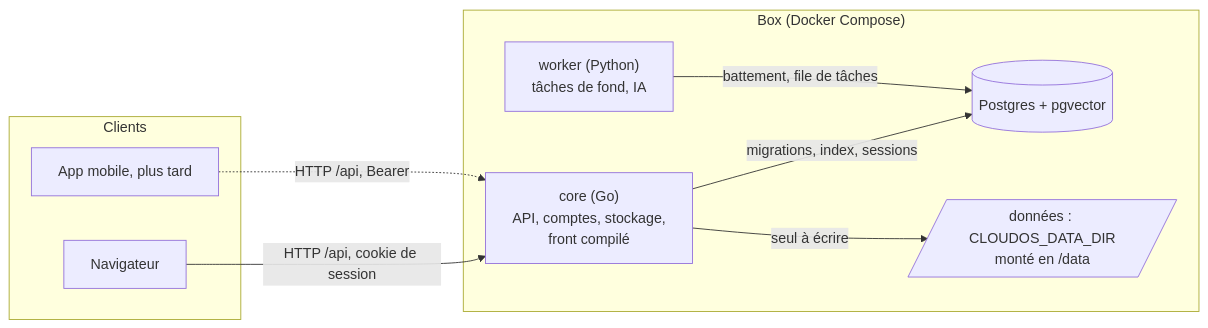
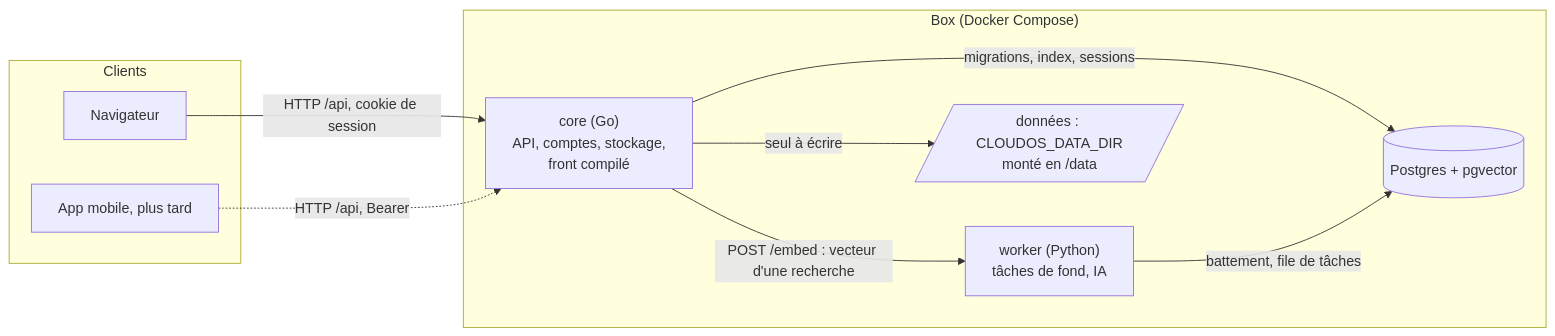
One commit to C2-POLY/cloud-os changed the first of 3 diagrams in docs/architecture/overview.md. Above: the diagram before and after it, drawn with Mermaid. The commit also changed other lines of this file and 26 other files, not shown here.

````diff
--- a/docs/architecture/overview.md
+++ b/docs/architecture/overview.md
@@ -8,18 +8,19 @@
 ```mermaid
 flowchart LR
     subgraph Clients
         W[Navigateur]
         M[App mobile, plus tard]
     end
     subgraph Box["Box (Docker Compose)"]
         C["core (Go)<br/>API, comptes, stockage,<br/>front compilé"]
         K["worker (Python)<br/>tâches de fond, IA"]
         DB[("Postgres + pgvector")]
         D[/"données : CLOUDOS_DATA_DIR<br/>monté en /data"/]
     end
     W -- "HTTP /api, cookie de session" --> C
     M -. "HTTP /api, Bearer" .-> C
     C -- "migrations, index, sessions" --> DB
     K -- "battement, file de tâches" --> DB
+    C -- "POST /embed : vecteur d'une recherche" --> K
     C -- "seul à écrire" --> D
 ```
````
